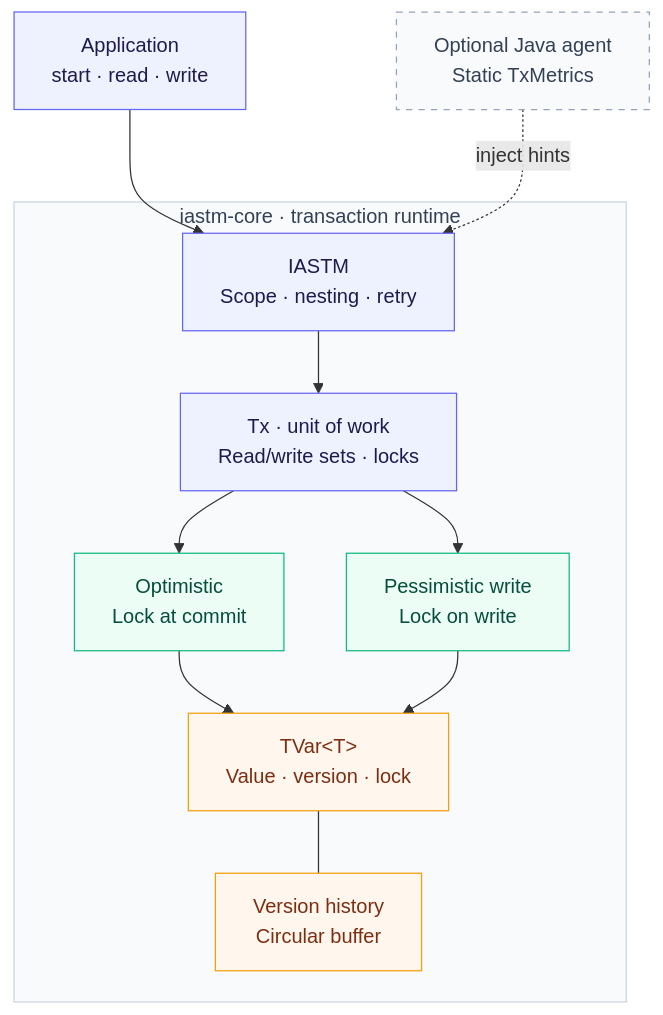
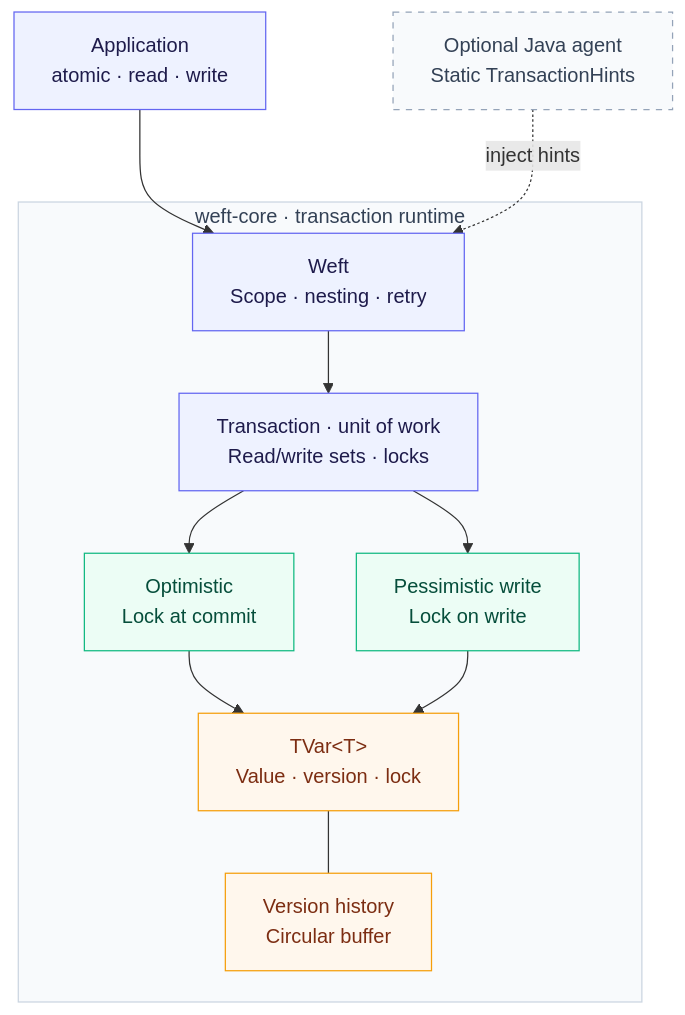
One commit to gchape/weft changed the diagram in README.md. Above: the diagram before and after it, drawn with Mermaid. The commit also changed other lines of this file and 56 other files, not shown here.

First line of the commit message:
refactor: rename modules and public API to Weft

````diff
--- a/README.md
+++ b/README.md
@@ -87,34 +87,34 @@
 ```mermaid
 flowchart TB
-    app["Application<br/>start · read · write"]
-    agent["Optional Java agent<br/>Static TxMetrics"]
+    app["Application<br/>atomic · read · write"]
+    agent["Optional Java agent<br/>Static TransactionHints"]
 
-    subgraph core["iastm-core · transaction runtime"]
-        api["IASTM<br/>Scope · nesting · retry"]
-        tx["Tx · unit of work<br/>Read/write sets · locks"]
+    subgraph core["weft-core · transaction runtime"]
+        api["Weft<br/>Scope · nesting · retry"]
+        tx["Transaction · unit of work<br/>Read/write sets · locks"]
         optimistic["Optimistic<br/>Lock at commit"]
         pessimistic["Pessimistic write<br/>Lock on write"]
         variable["TVar&lt;T&gt;<br/>Value · version · lock"]
         history["Version history<br/>Circular buffer"]
 
         api --> tx
         tx --> optimistic
         tx --> pessimistic
         optimistic --> variable
         pessimistic --> variable
         variable --- history
     end
 
     app --> api
     agent -. "inject hints" .-> api
 
     classDef entry fill:#eef2ff,stroke:#6366f1,color:#1e1b4b
     classDef strategy fill:#ecfdf5,stroke:#10b981,color:#064e3b
     classDef storage fill:#fff7ed,stroke:#f59e0b,color:#7c2d12
     classDef optional fill:#f8fafc,stroke:#94a3b8,color:#334155,stroke-dasharray:5 5
     class app,api,tx entry
     class optimistic,pessimistic strategy
     class variable,history storage
     class agent optional
     style core fill:#f8fafc,stroke:#cbd5e1,color:#334155
 ```
````
